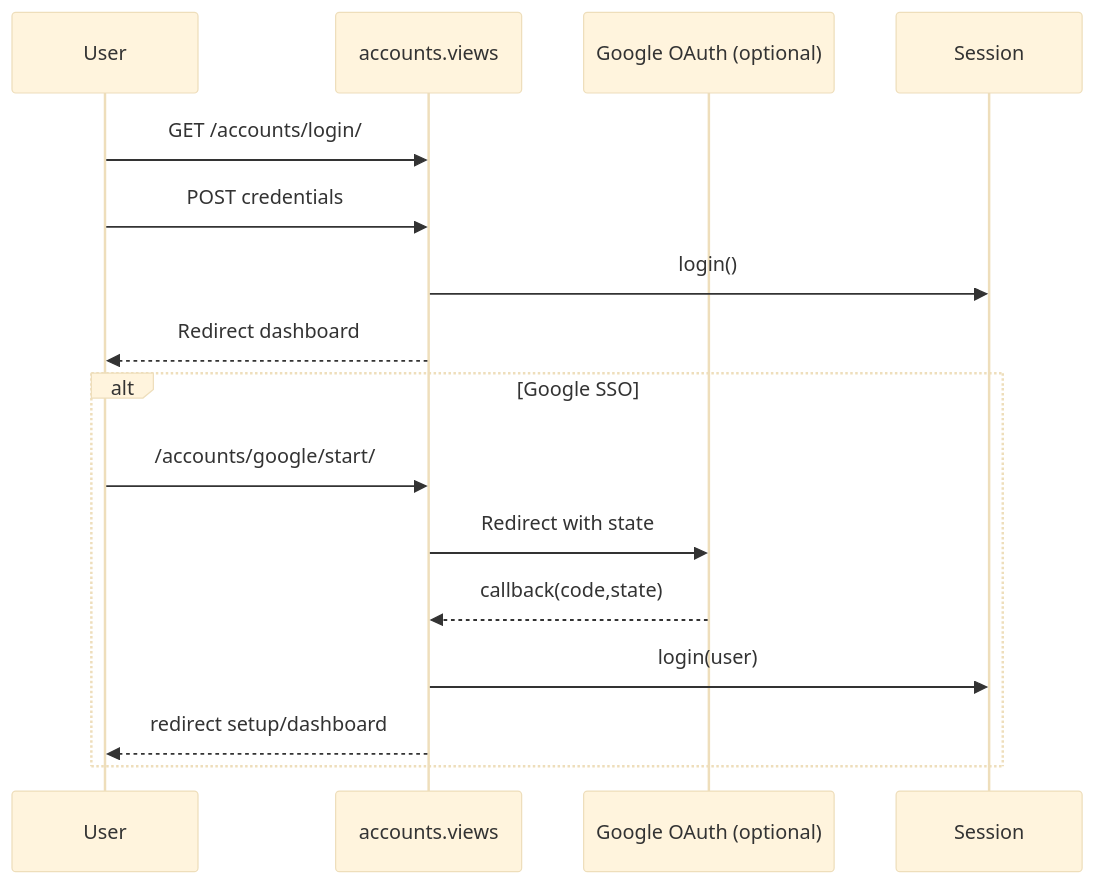
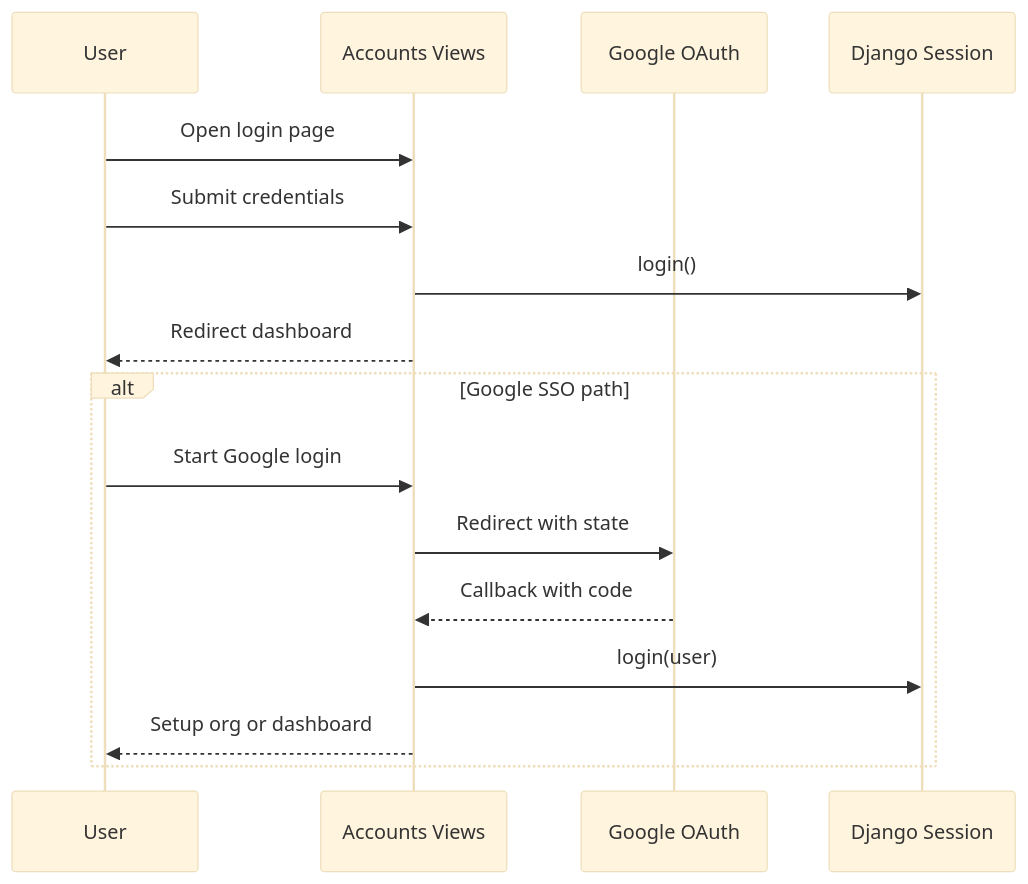
Before and after one commit to KiishiAD/kingfisher_inventory_management: the diagram in docs/repo_guide/05-auth-and-permissions.md, drawn with Mermaid (base theme). The commit also changed other lines of this file and 4 other files, not shown here.

Commit message:
Improve repo guide visuals with clearer diagrams and fallbacks

````diff
--- a/docs/repo_guide/05-auth-and-permissions.md
+++ b/docs/repo_guide/05-auth-and-permissions.md
@@ -23,20 +14,20 @@
 ```mermaid
 sequenceDiagram
-  participant U as User
-  participant A as accounts.views
-  participant G as Google OAuth (optional)
-  participant S as Session
+    participant U as User
+    participant A as Accounts Views
+    participant G as Google OAuth
+    participant S as Django Session
 
-  U->>A: GET /accounts/login/
-  U->>A: POST credentials
-  A->>S: login()
-  A-->>U: Redirect dashboard
+    U->>A: Open login page
+    U->>A: Submit credentials
+    A->>S: login()
+    A-->>U: Redirect dashboard
 
-  alt Google SSO
-    U->>A: /accounts/google/start/
-    A->>G: Redirect with state
-    G-->>A: callback(code,state)
-    A->>S: login(user)
-    A-->>U: redirect setup/dashboard
-  end
+    alt Google SSO path
+      U->>A: Start Google login
+      A->>G: Redirect with state
+      G-->>A: Callback with code
+      A->>S: login(user)
+      A-->>U: Setup org or dashboard
+    end
 ```
````
